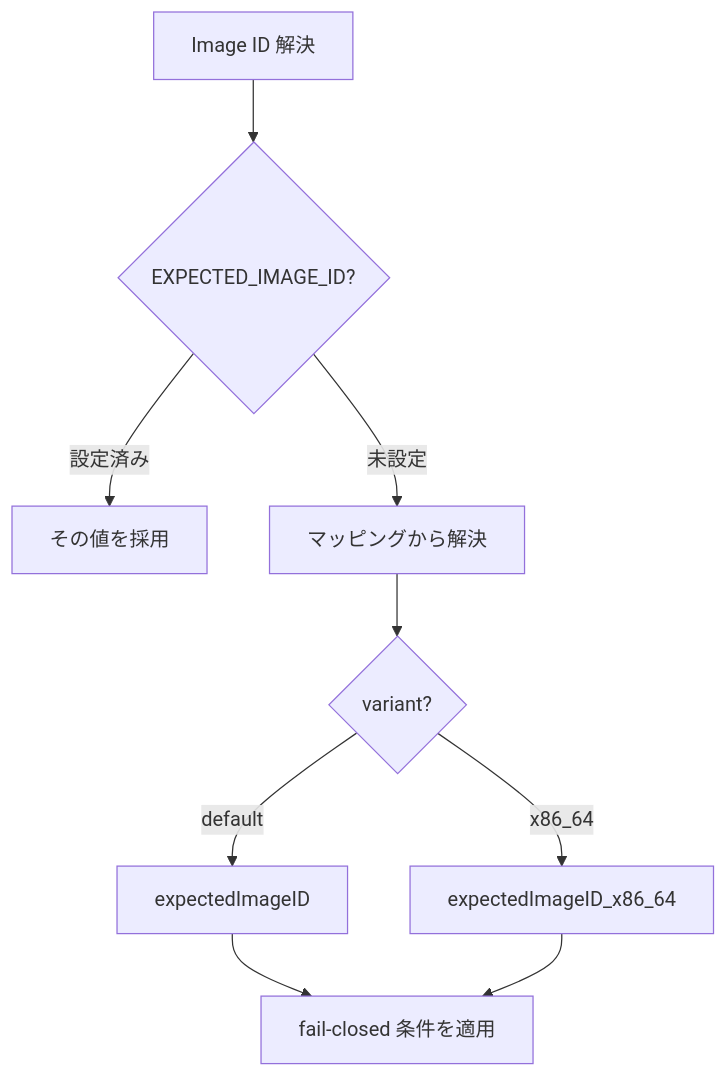
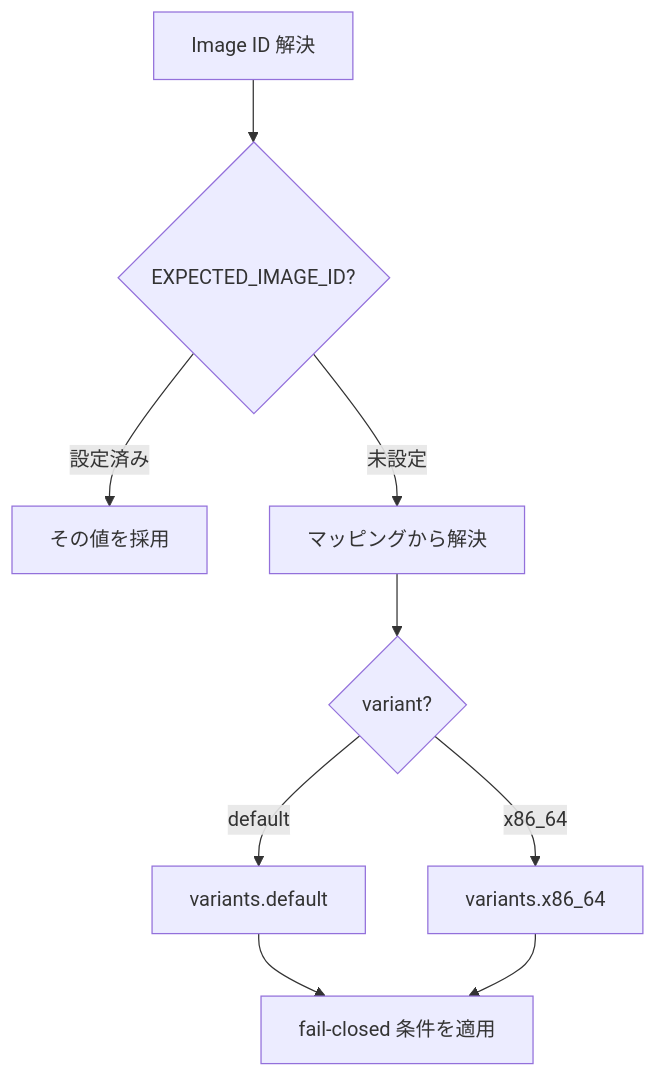
Before and after one commit to hwatanabe-jp/stark-ballot-simulator-public: the third of 3 diagrams in public-book/src/zkvm/image-id.md, drawn with Mermaid. The commit also changed other lines of this file and 389 other files, not shown here.

````diff
--- a/public-book/src/zkvm/image-id.md
+++ b/public-book/src/zkvm/image-id.md
@@ -108,11 +110,11 @@
 ```mermaid
 flowchart TD
   START[Image ID 解決] --> P1{EXPECTED_IMAGE_ID?}
   P1 -->|設定済み| USE1[その値を採用]
   P1 -->|未設定| P2[マッピングから解決]
   P2 --> P3{variant?}
-  P3 -->|default| F1[expectedImageID]
-  P3 -->|x86_64| F2[expectedImageID_x86_64]
+  P3 -->|default| F1[variants.default]
+  P3 -->|x86_64| F2[variants.x86_64]
   F1 --> CHK[fail-closed 条件を適用]
   F2 --> CHK
 ```
````
